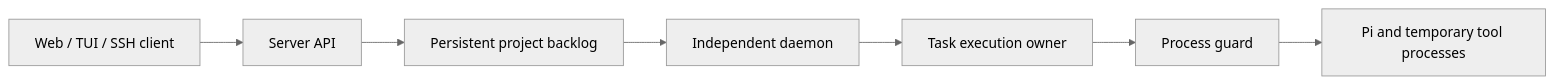
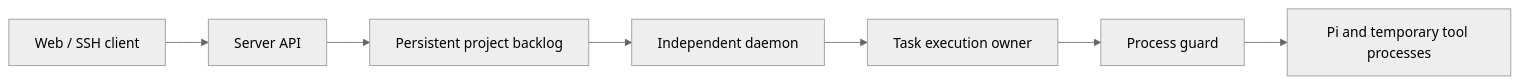
Before and after one commit to lbx154/Argus: the diagram in docs/daemon-lifecycle.md, drawn with Mermaid (neutral theme). The commit also changed other lines of this file and 255 other files, not shown here.

````diff
--- a/docs/daemon-lifecycle.md
+++ b/docs/daemon-lifecycle.md
@@ -6,9 +6,9 @@
 ```mermaid
 flowchart LR
-  Client[Web / TUI / SSH client] --> API[Server API]
+  Client[Web / SSH client] --> API[Server API]
   API --> Queue[Persistent project backlog]
   Queue --> Daemon[Independent daemon]
   Daemon --> Run[Task execution owner]
   Run --> Guard[Process guard]
   Guard --> Pi[Pi and temporary tool processes]
 ```
````
